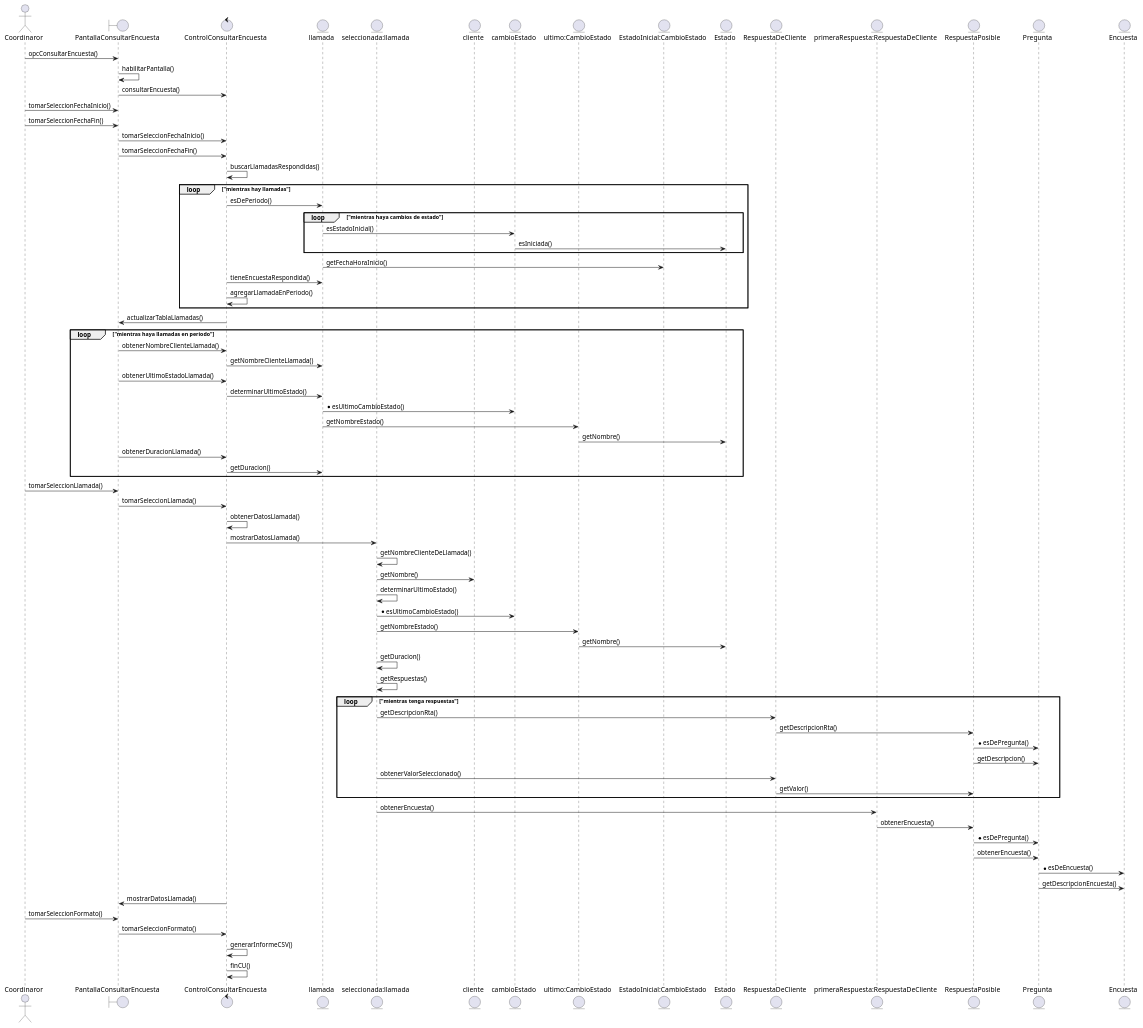
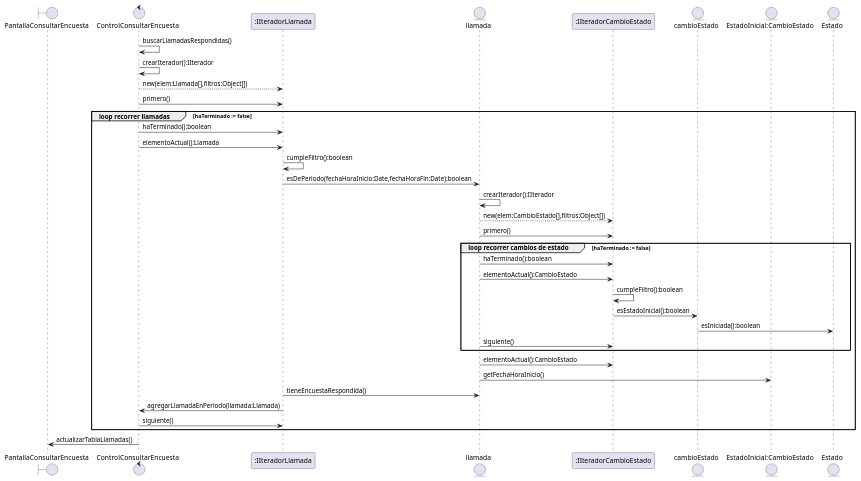
The diagram in PPAI/entrega3/cu44 ConsultarEncuesta.puml (ReynaTeodoro/2023DSI), drawn with PlantUML before and after one commit. The commit also changed 16 other files, not shown here.

```diff
--- a/PPAI/entrega3/cu44 ConsultarEncuesta.puml
+++ b/PPAI/entrega3/cu44 ConsultarEncuesta.puml
@@ -1,80 +1,39 @@
 @startuml
-actor Coordinaror as co
 boundary PantallaConsultarEncuesta as pa
 control ControlConsultarEncuesta as ge
+participant ":IIteradorLlamada" as ill
 entity llamada as ll
-entity "seleccionada:llamada" as sll
-entity cliente as cl
+participant ":IIteradorCambioEstado" as ilc
 entity cambioEstado as ce
-entity "ultimo:CambioEstado" as uce
 entity "EstadoInicial:CambioEstado" as ice
 entity Estado as e
-entity RespuestaDeCliente as rc
-entity "primeraRespuesta:RespuestaDeCliente" as urc
-entity RespuestaPosible as rp
-entity Pregunta as pr
-entity Encuesta as en
 
-co -> pa: opcConsultarEncuesta()
-pa -> pa: habilitarPantalla()
-pa -> ge: consultarEncuesta()
-co -> pa: tomarSeleccionFechaInicio()
-co -> pa: tomarSeleccionFechaFin()
-pa -> ge: tomarSeleccionFechaInicio()
-pa -> ge: tomarSeleccionFechaFin()
 ge -> ge: buscarLlamadasRespondidas()
-loop "mientras hay llamadas"
-ge -> ll: esDePeriodo()
-loop "mientras haya cambios de estado"
-ll -> ce: esEstadoInicial()
-ce -> e: esIniciada()
+ge -> ge: crearIterador():IIterador
+ge --> ill: new(elem:Llamada[],filtros:Object[])
+ge -> ill: primero()
+group loop recorrer llamadas [haTerminado := false]
+ge -> ill: haTerminado():boolean
+ge -> ill: elementoActual():Llamada
+ill -> ill: cumpleFiltro():boolean
+ill -> ll: esDePeriodo(fechaHoraInicio:Date,fechaHoraFin:Date):boolean
+ll -> ll: crearIterador():IIterador
+ll --> ilc: new(elem:CambioEstado[],filtros:Object[])
+ll -> ilc: primero()
+group loop recorrer cambios de estado [haTerminado := false]
+ll -> ilc: haTerminado():boolean
+ll -> ilc: elementoActual():CambioEstado
+ilc -> ilc: cumpleFiltro():boolean
+ilc -> ce: esEstadoInicial():boolean
+ce -> e: esIniciada():boolean
+ll -> ilc: siguiente()
 end
+ll ->ilc: elementoActual():CambioEstado
 ll -> ice: getFechaHoraInicio()
-ge -> ll: tieneEncuestaRespondida()
-ge -> ge: agregarLlamadaEnPeriodo()
-
+ill -> ll: tieneEncuestaRespondida()
+ill -> ge: agregarLlamadaEnPeriodo(llamada:Llamada)
+ge -> ill: siguiente()
 end
 ge -> pa: actualizarTablaLlamadas()
-loop "mientras haya llamadas en periodo"
-pa -> ge: obtenerNombreClienteLlamada()
-ge -> ll: getNombreClienteLlamada()
-pa -> ge: obtenerUltimoEstadoLlamada()
-ge -> ll: determinarUltimoEstado()
-ll -> ce: *esUltimoCambioEstado()
-ll -> uce: getNombreEstado()
-uce -> e: getNombre()
-pa -> ge: obtenerDuracionLlamada()
-ge -> ll: getDuracion()
-end
-co -> pa: tomarSeleccionLlamada()
-pa -> ge: tomarSeleccionLlamada()
-ge -> ge: obtenerDatosLlamada()
-ge -> sll: mostrarDatosLlamada()
-sll -> sll: getNombreClienteDeLlamada()
-sll -> cl: getNombre()
-sll -> sll: determinarUltimoEstado()
-sll -> ce: *esUltimoCambioEstado()
-sll -> uce: getNombreEstado()
-uce -> e: getNombre()
-sll -> sll: getDuracion()
-sll -> sll: getRespuestas()
-loop "mientras tenga respuestas"
-sll -> rc: getDescripcionRta()
-rc -> rp: getDescripcionRta()
-rp -> pr: *esDePregunta()
-rp -> pr: getDescripcion()
-sll -> rc: obtenerValorSeleccionado()
-rc -> rp: getValor()
-end
-sll -> urc: obtenerEncuesta()
-urc -> rp: obtenerEncuesta()
-rp -> pr: *esDePregunta()
-rp -> pr: obtenerEncuesta()
-pr -> en: *esDeEncuesta()
-pr -> en: getDescripcionEncuesta()
-ge -> pa: mostrarDatosLlamada()
-co -> pa: tomarSeleccionFormato()
-pa -> ge: tomarSeleccionFormato()
-ge -> ge: generarInformeCSV()
-ge -> ge: finCU()
+
 @enduml
```
